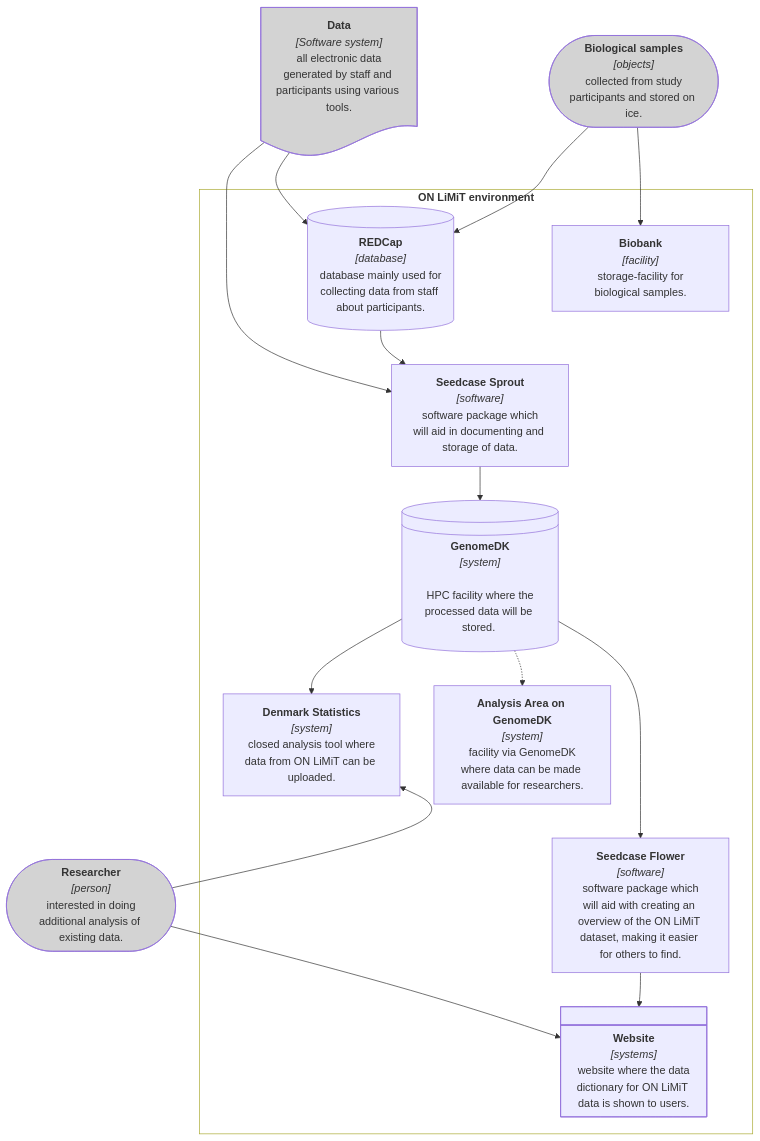
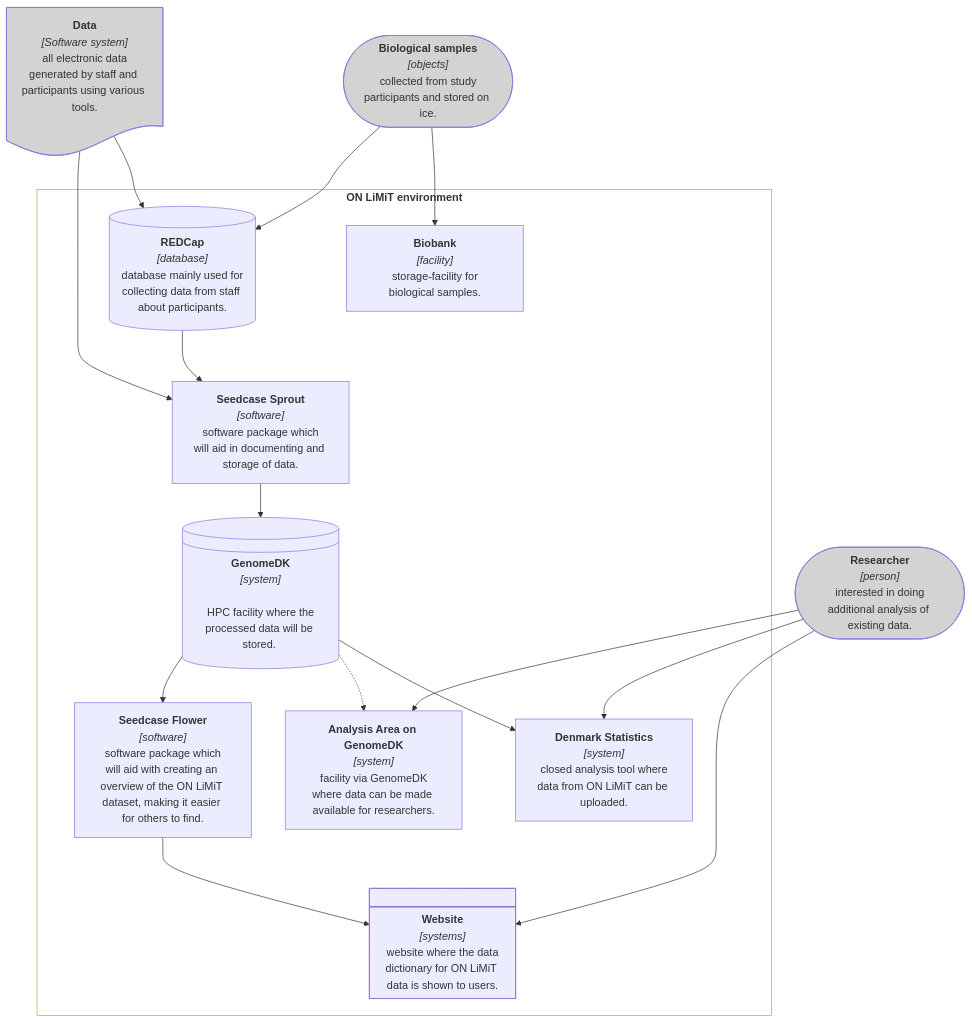
The second of 2 diagrams in documents/C4-level.qmd (onlimit-study/dmp), drawn with Mermaid before and after one commit. The commit also changed other lines of this file and 2 other files, not shown here.

Commit message:
docs: update container graph to show link between researcher and analysis area

````diff
--- a/documents/C4-level.qmd
+++ b/documents/C4-level.qmd
@@ -51,38 +53,43 @@
 ```{mermaid}
 %%| label: fig-c4-container
 %%| fig-cap: "C4 Container diagram showing the main components of ON LiMiT data infrastructure, including data sources, storage, and analysis tools."
 flowchart TD
 Data@{shape: doc, label: "<b>Data</b><br><i>[Software system]</i><br> all electronic data generated by staff and participants using various tools."}
 Samples@{shape: stadium, label: "<b>Biological samples</b><br><i>[objects]</i><br> collected from study participants and stored on ice."}
 Redcap@{shape: cyl, label: "<b>REDCap</b><br><i>[database]</i><br> database mainly used for collecting data from staff about participants."}
 Biobank@{shape: proc, label: "<b>Biobank</b><br><i>[facility]</i><br> storage-facility for biological samples."}
 Sprout@{shape: proc, label: "<b>Seedcase Sprout</b><br><i>[software]</i><br> software package which will aid in documenting and storage of data."}
 Genome@{shape: lin-cyl, label: "<b>GenomeDK</b><br><i>[system]</i><br><br> HPC facility where the processed data will be stored. "}
 Analysis@{shape: proc, label: "<b>Analysis Area on GenomeDK</b><br><i>[system]</i><br> facility via GenomeDK where data can be made available for researchers."}
 DS@{shape: proc, label: "<b>Denmark Statistics</b><br><i>[system]</i><br> closed analysis tool where data from ON LiMiT can be uploaded."}
 Flower@{shape: proc, label: "<b>Seedcase Flower</b><br><i>[software]</i><br> software package which will aid with creating an overview of the ON LiMiT dataset, making it easier for others to find."}
 Website@{ shape: div-rect, label: "<b>Website</b><br><i>[systems]</i><br> website where the data dictionary for ON LiMiT data is shown to users."}
 Researcher@{shape: stadium, label: "<b>Researcher</b><br><i>[person]</i><br> interested in doing additional analysis of existing data."}
 
 subgraph i1 [<b>ON LiMiT environment</b>]
-Redcap --> Sprout
-Biobank ~~~ Sprout
-Sprout --> Genome
-Genome --> DS
-Genome -.-> Analysis
-Genome --> Flower
-Flower --> Website
+    Redcap --> Sprout
+    Biobank ~~~ Sprout
+    subgraph i2 [ ]
+        Sprout --> Genome
+        Genome --> Flower
+        Genome -.-> Analysis
+    end
+    Genome --> DS
+    Flower --> Website
 end
+
 Data:::external --> Sprout
 Data --> Redcap
-Data ~~~ i1:::system
+i1:::system
+i2:::hidden 
 Samples:::external --> Redcap
 Samples --> Biobank
-Website ~~~ Researcher
+Researcher:::external
+Researcher --> DS
+Researcher --> Analysis
 Researcher --> Website
-DS ~~~ Researcher:::external
-Researcher --> DS
 
 classDef system fill:none
 classDef external fill:lightgrey
+classDef hidden fill:none, stroke-width:0
 ```
````
